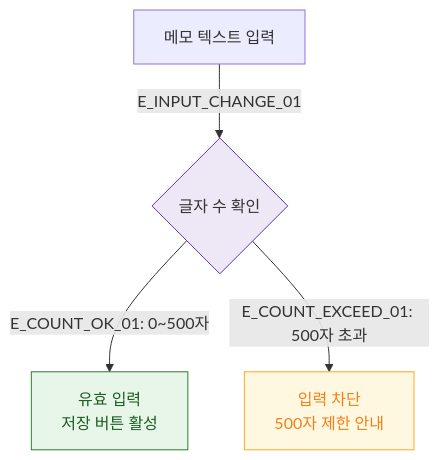
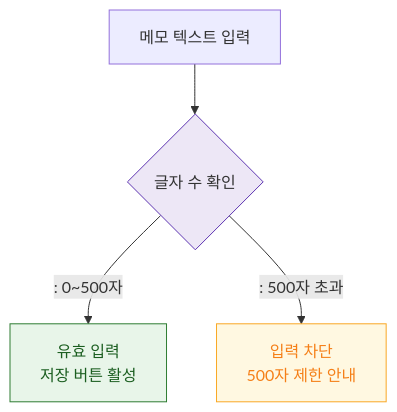
One commit to dev-spogym/admin-pando changed the diagram in docs/다이어그램/D03_매출관리/DLG-S005_메모편집/M2_필드검증.md. Above: the diagram before and after it, drawn with Mermaid. The commit also changed other lines of this file and 1660 other files, not shown here.

First line of the commit message:
다이어그램: 기획자/클라이언트 납품본으로 정리

````diff
--- a/docs/다이어그램/D03_매출관리/DLG-S005_메모편집/M2_필드검증.md
+++ b/docs/다이어그램/D03_매출관리/DLG-S005_메모편집/M2_필드검증.md
@@ -20,15 +18,15 @@
 ```mermaid
 flowchart TD
-    INPUT[메모 텍스트 입력] -->|E_INPUT_CHANGE_01| CHAR_COUNT{글자 수 확인}
+    INPUT[메모 텍스트 입력] --> CHAR_COUNT{글자 수 확인}
 
-    CHAR_COUNT -->|"E_COUNT_OK_01: 0~500자"| VALID[유효 입력\n저장 버튼 활성]
-    CHAR_COUNT -->|"E_COUNT_EXCEED_01: 500자 초과"| EXCEED[입력 차단\n500자 제한 안내]
+    CHAR_COUNT -->|": 0~500자"|VALID[유효 입력\n저장 버튼 활성]
+    CHAR_COUNT -->|": 500자 초과"|EXCEED[입력 차단\n500자 제한 안내]
 
     classDef system fill:#EDE7F6,stroke:#5E35B2
     classDef success fill:#E8F5E9,stroke:#2E7D32,color:#1B5E20
     classDef warning fill:#FFF8E1,stroke:#F9A825,color:#F57F17
 
     class CHAR_COUNT system
     class VALID success
     class EXCEED warning
 ```
````
